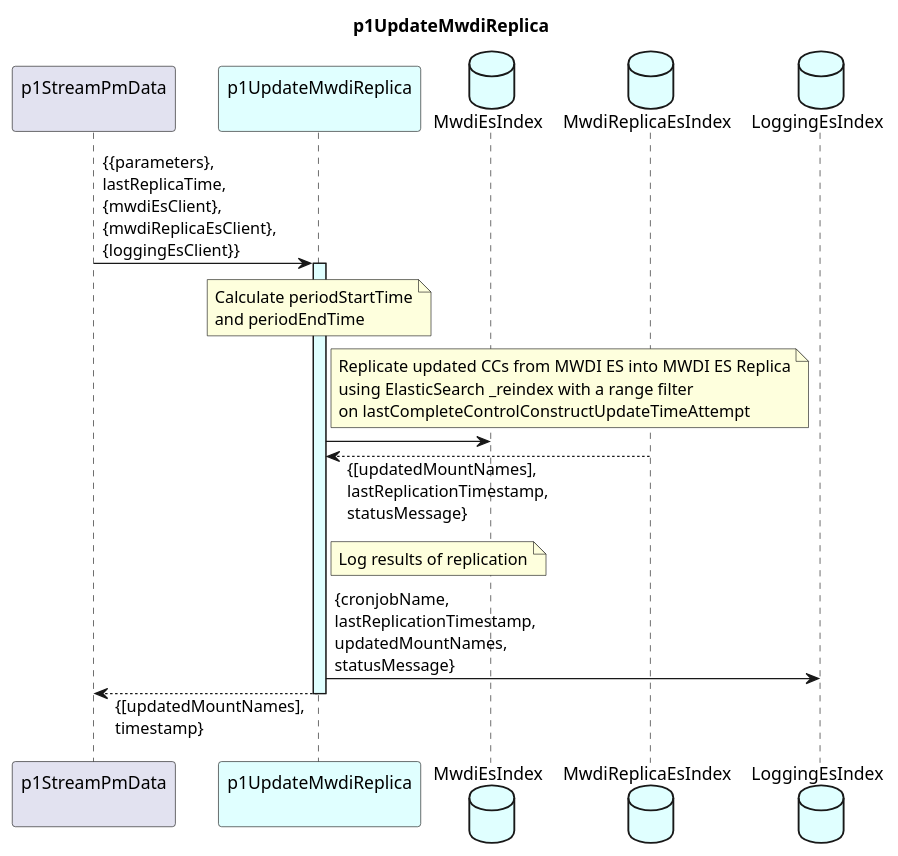
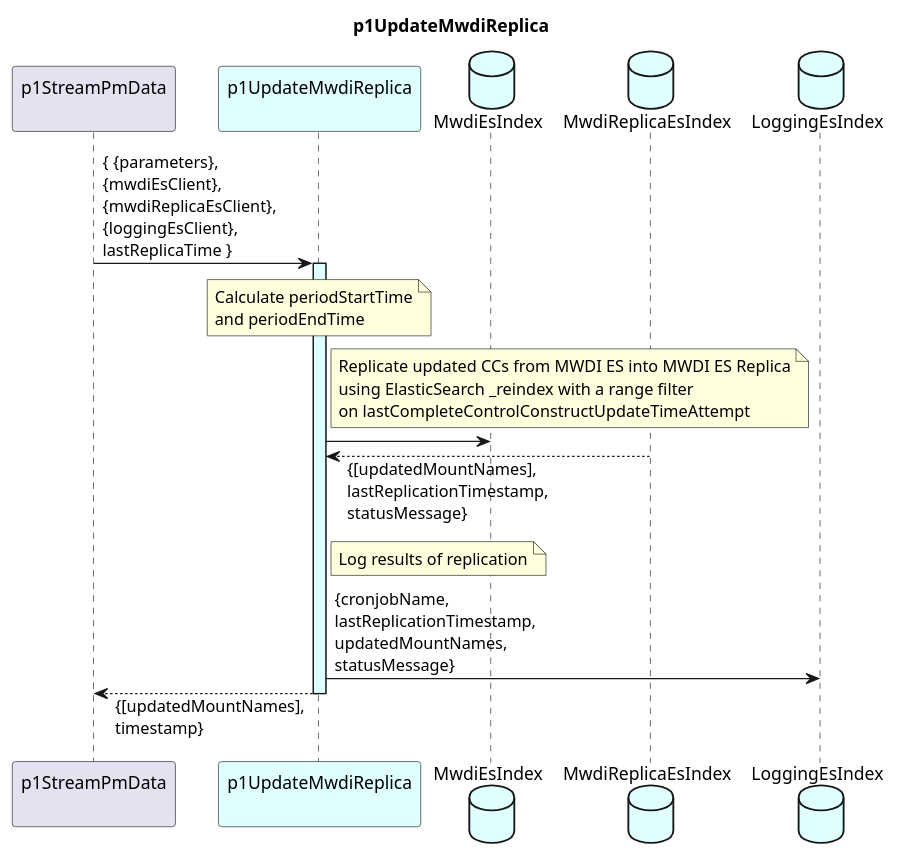
Before and after one commit to openBackhaul/DevicePerformanceManagementDataProcessor: the diagram in spec/Functions/p1StreamPmData/p1UpdateMwdiReplica/1.0.0/p1UpdateMwdiReplica.plantuml, drawn with PlantUML. The commit also changed 18 other files, not shown here.

```diff
--- a/spec/Functions/p1StreamPmData/p1UpdateMwdiReplica/1.0.0/p1UpdateMwdiReplica.plantuml
+++ b/spec/Functions/p1StreamPmData/p1UpdateMwdiReplica/1.0.0/p1UpdateMwdiReplica.plantuml
@@ -1,39 +1,39 @@
 @startuml p1UpdateMwdiReplica
 skinparam responseMessageBelowArrow true
 
 title
   p1UpdateMwdiReplica
 end title
 
 participant "p1StreamPmData\n" as p1SPMD
 participant "p1UpdateMwdiReplica\n" as p1UMWR #LightCyan
 database "MwdiEsIndex" as mwdiEs #LightCyan
 database "MwdiReplicaEsIndex" as mwdiReplicaEs #LightCyan
 database "LoggingEsIndex" as log #LightCyan
 
-p1SPMD -> p1UMWR : {{parameters},\nlastReplicaTime,\n{mwdiEsClient},\n{mwdiReplicaEsClient},\n{loggingEsClient}}
+p1SPMD -> p1UMWR : { {parameters},\n{mwdiEsClient},\n{mwdiReplicaEsClient},\n{loggingEsClient},\nlastReplicaTime }
 activate p1UMWR #LightCyan
 
   note over p1UMWR
     Calculate periodStartTime
     and periodEndTime
   end note
 
   note right p1UMWR
     Replicate updated CCs from MWDI ES into MWDI ES Replica
     using ElasticSearch _reindex with a range filter
     on lastCompleteControlConstructUpdateTimeAttempt
   end note
   p1UMWR -> mwdiEs
   p1UMWR <-- mwdiReplicaEs : {[updatedMountNames],\nlastReplicationTimestamp,\nstatusMessage}
 
   note right p1UMWR
     Log results of replication
   end note
   p1UMWR -> log : {cronjobName,\nlastReplicationTimestamp,\nupdatedMountNames,\nstatusMessage}
 
 
 p1SPMD <-- p1UMWR : {[updatedMountNames],\ntimestamp}
 deactivate p1UMWR
 
 @enduml
```
